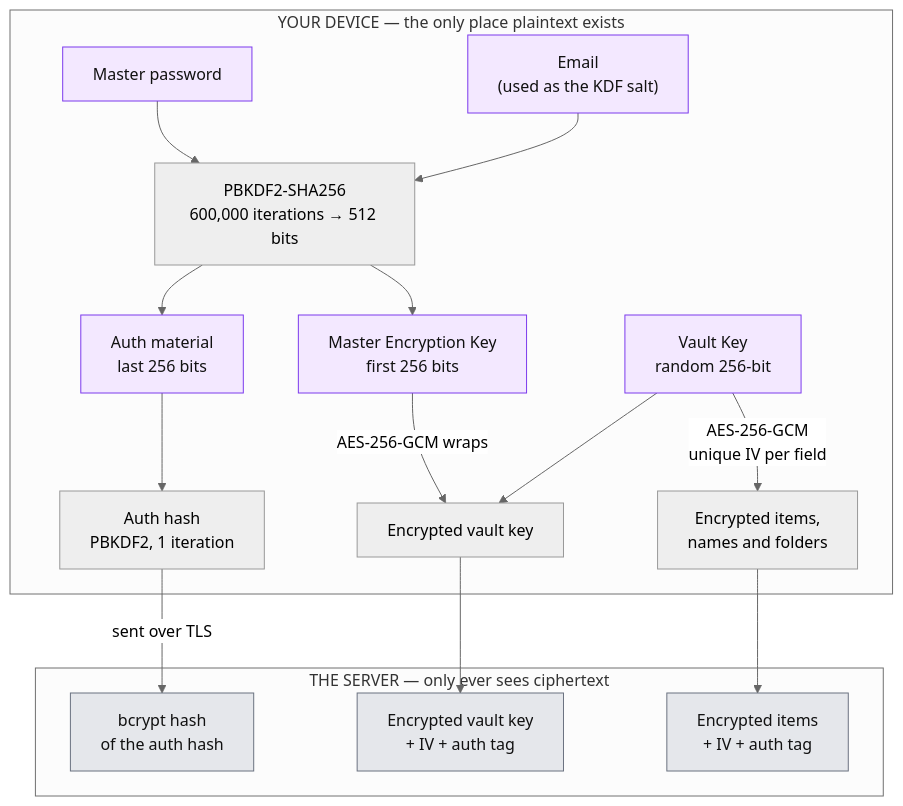
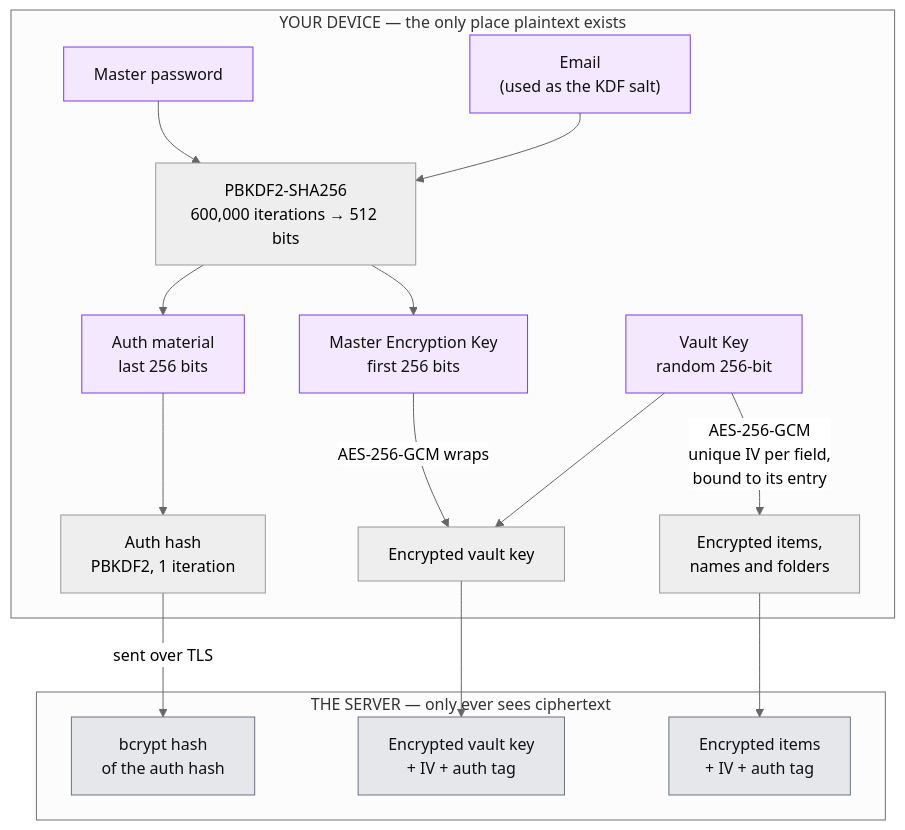
Before and after one commit to Hiprax/h-vault: the first of 4 diagrams in README.md, drawn with Mermaid (neutral theme). The commit also changed other lines of this file and 6 other files, not shown here.

````diff
--- a/README.md
+++ b/README.md
@@ -318,31 +320,31 @@
 ```mermaid
 flowchart TD
     subgraph client["YOUR DEVICE — the only place plaintext exists"]
         MP["Master password"]
         EM["Email<br/>(used as the KDF salt)"]
         MP --> KDF["PBKDF2-SHA256<br/>600,000 iterations → 512 bits"]
         EM --> KDF
         KDF --> MEK["Master Encryption Key<br/>first 256 bits"]
         KDF --> AM["Auth material<br/>last 256 bits"]
         AM --> AH["Auth hash<br/>PBKDF2, 1 iteration"]
         VK["Vault Key<br/>random 256-bit"]
         MEK -->|"AES-256-GCM wraps"| EVK["Encrypted vault key"]
         VK --> EVK
-        VK -->|"AES-256-GCM<br/>unique IV per field"| CT["Encrypted items,<br/>names and folders"]
+        VK -->|"AES-256-GCM<br/>unique IV per field,<br/>bound to its entry"| CT["Encrypted items,<br/>names and folders"]
     end
 
     subgraph server["THE SERVER — only ever sees ciphertext"]
         BH["bcrypt hash<br/>of the auth hash"]
         SEVK["Encrypted vault key<br/>+ IV + auth tag"]
         SCT["Encrypted items<br/>+ IV + auth tag"]
     end
 
     AH -->|"sent over TLS"| BH
     EVK --> SEVK
     CT --> SCT
 
     classDef secret fill:#f3e8ff,stroke:#7c3aed,color:#111
     classDef opaque fill:#e5e7eb,stroke:#6b7280,color:#111
     class MP,EM,MEK,AM,VK secret
     class BH,SEVK,SCT opaque
 ```
````
